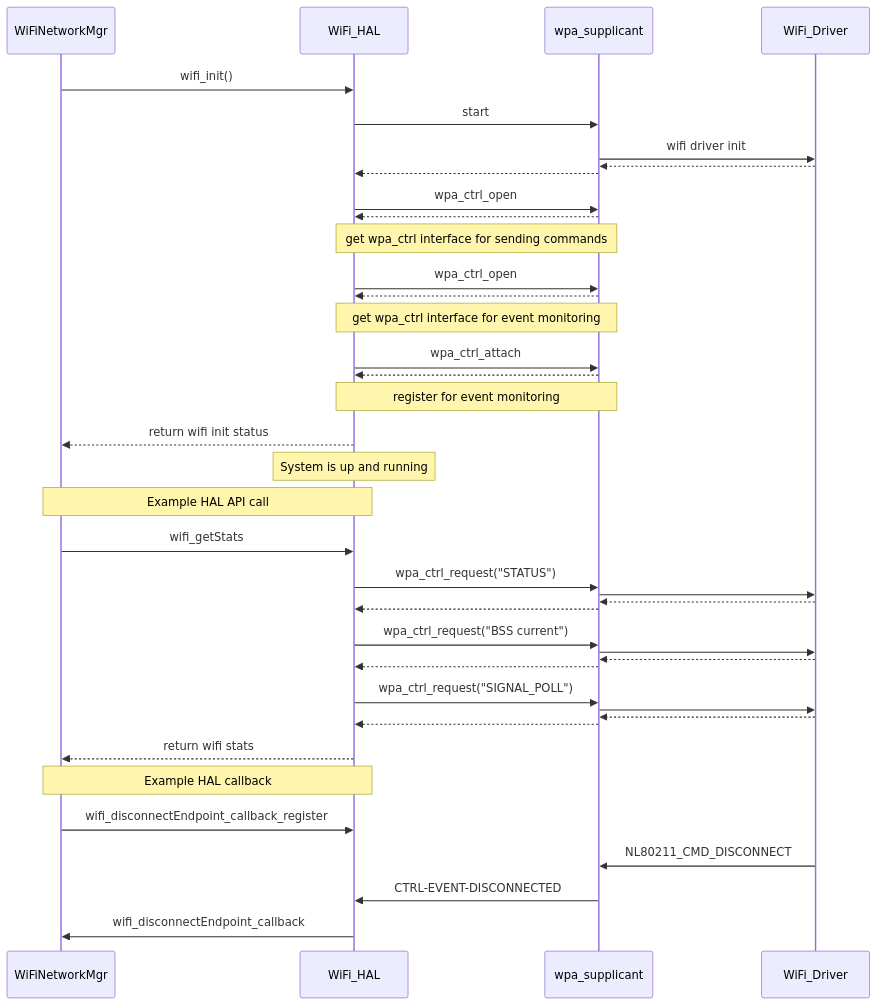
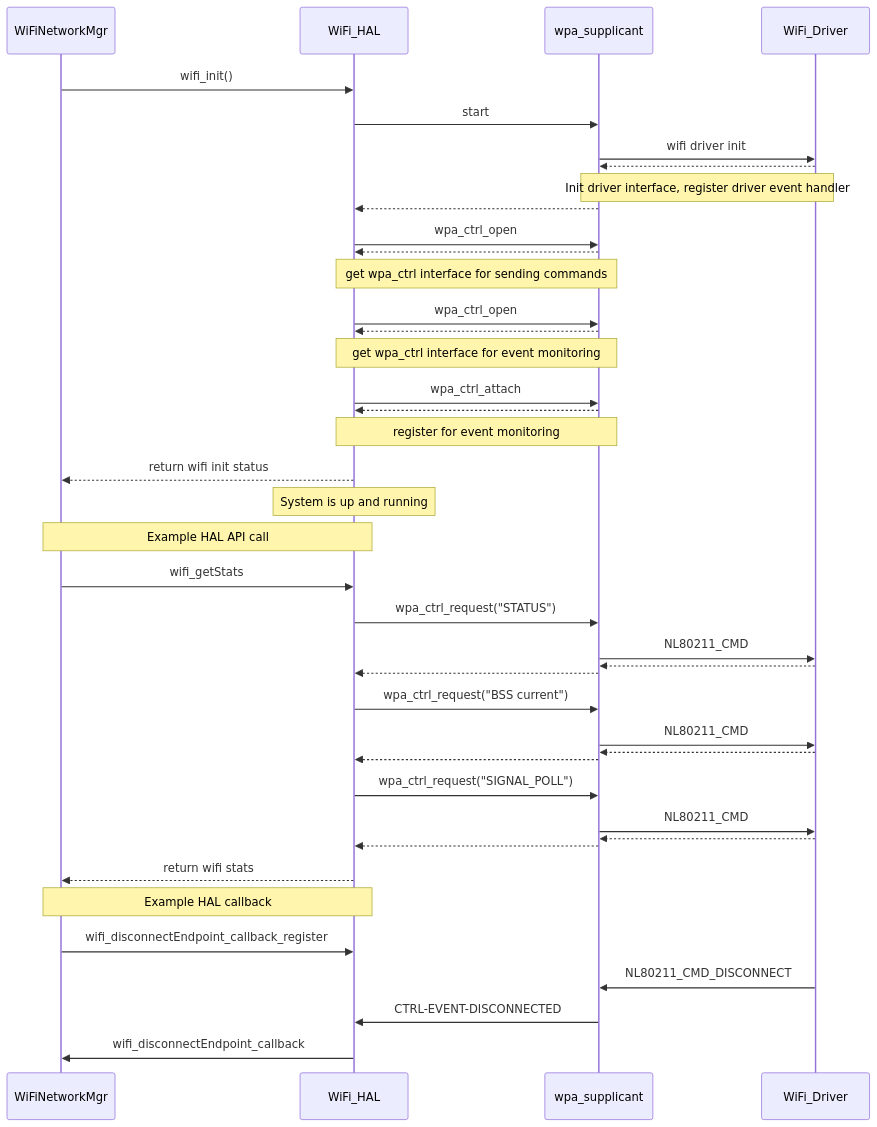
Before and after one commit to rdkcentral/rdkv-halif-wifi: the second of 2 diagrams in docs/pages/halSpec.md, drawn with Mermaid. The commit also changed other lines of this file, not shown here.

````diff
--- a/docs/pages/halSpec.md
+++ b/docs/pages/halSpec.md
@@ -169,46 +169,47 @@
 ```mermaid
 sequenceDiagram
     participant WiFiNetworkMgr
     participant WiFi_HAL
     participant wpa_supplicant
     participant WiFi_Driver
 
     WiFiNetworkMgr->>WiFi_HAL: wifi_init()
     WiFi_HAL->>wpa_supplicant: start
     wpa_supplicant->>WiFi_Driver: wifi driver init
     WiFi_Driver-->>wpa_supplicant: 
+    Note over wpa_supplicant,WiFi_Driver: Init driver interface, register driver event handler
     wpa_supplicant-->>WiFi_HAL: 
     WiFi_HAL->>wpa_supplicant: wpa_ctrl_open
     wpa_supplicant-->>WiFi_HAL: 
     Note over wpa_supplicant,WiFi_HAL: get wpa_ctrl interface for sending commands
     WiFi_HAL->>wpa_supplicant: wpa_ctrl_open
     wpa_supplicant-->>WiFi_HAL: 
     Note over wpa_supplicant,WiFi_HAL: get wpa_ctrl interface for event monitoring
     WiFi_HAL->>wpa_supplicant: wpa_ctrl_attach
     wpa_supplicant-->>WiFi_HAL: 
     Note over wpa_supplicant,WiFi_HAL: register for event monitoring
     WiFi_HAL-->>WiFiNetworkMgr: return wifi init status
     Note over WiFi_HAL: System is up and running
 
     Note over WiFiNetworkMgr,WiFi_HAL: Example HAL API call
     WiFiNetworkMgr->>WiFi_HAL: wifi_getStats
     WiFi_HAL->>wpa_supplicant: wpa_ctrl_request("STATUS")
-    wpa_supplicant->>WiFi_Driver: 
+    wpa_supplicant->>WiFi_Driver: NL80211_CMD
     WiFi_Driver-->>wpa_supplicant: 
     wpa_supplicant-->>WiFi_HAL: 
     WiFi_HAL->>wpa_supplicant: wpa_ctrl_request("BSS current")
-    wpa_supplicant->>WiFi_Driver: 
+    wpa_supplicant->>WiFi_Driver: NL80211_CMD
     WiFi_Driver-->>wpa_supplicant: 
     wpa_supplicant-->>WiFi_HAL: 
     WiFi_HAL->>wpa_supplicant: wpa_ctrl_request("SIGNAL_POLL")
-    wpa_supplicant->>WiFi_Driver: 
+    wpa_supplicant->>WiFi_Driver: NL80211_CMD
     WiFi_Driver-->>wpa_supplicant: 
     wpa_supplicant-->>WiFi_HAL: 
     WiFi_HAL-->>WiFiNetworkMgr: return wifi stats
 
     Note over WiFiNetworkMgr,WiFi_HAL: Example HAL callback
     WiFiNetworkMgr->>WiFi_HAL: wifi_disconnectEndpoint_callback_register
     WiFi_Driver->>wpa_supplicant: NL80211_CMD_DISCONNECT
     wpa_supplicant->>WiFi_HAL: CTRL-EVENT-DISCONNECTED
     WiFi_HAL->>WiFiNetworkMgr: wifi_disconnectEndpoint_callback
 ```
````
